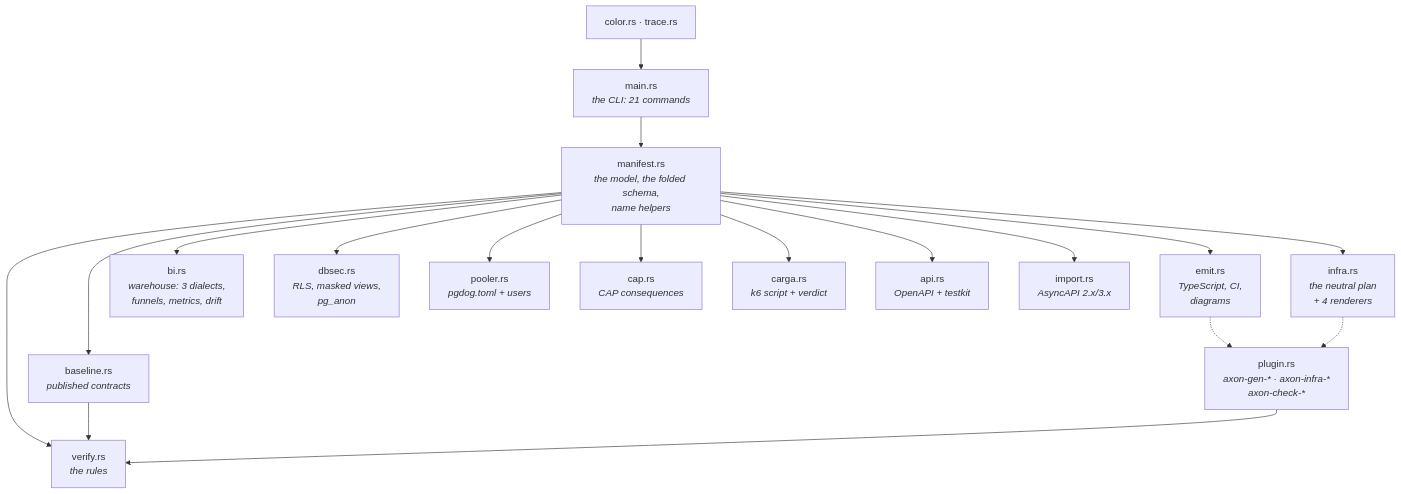
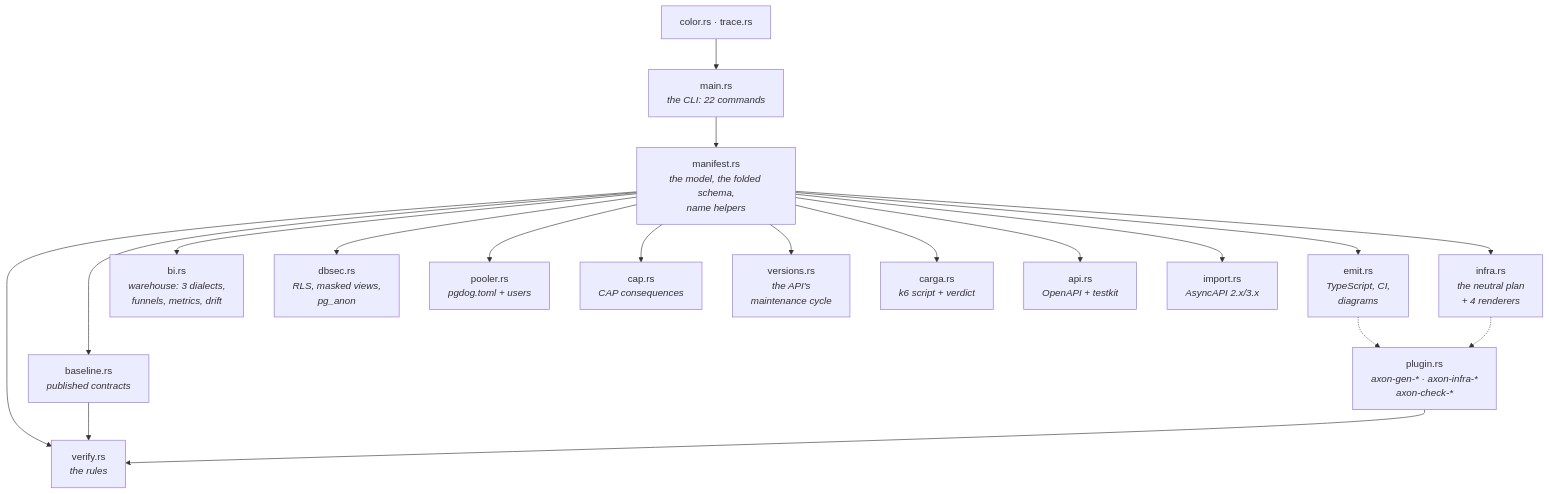
The second of 8 diagrams in docs/src/architecture.md (Andrew-Tellez/axon), drawn with Mermaid before and after one commit. The commit also changed 23 other files, not shown here.

````diff
--- a/docs/src/architecture.md
+++ b/docs/src/architecture.md
@@ -54,24 +54,25 @@
 ```mermaid
 flowchart TB
   MAN["manifest.rs<br/><i>the model, the folded schema,<br/>name helpers</i>"]
 
   MAN --> VER["verify.rs<br/><i>the rules</i>"]
   MAN --> EMIT["emit.rs<br/><i>TypeScript, CI,<br/>diagrams</i>"]
   MAN --> INF["infra.rs<br/><i>the neutral plan<br/>+ 4 renderers</i>"]
   MAN --> BI["bi.rs<br/><i>warehouse: 3 dialects,<br/>funnels, metrics, drift</i>"]
   MAN --> DBS["dbsec.rs<br/><i>RLS, masked views,<br/>pg_anon</i>"]
   MAN --> POOL["pooler.rs<br/><i>pgdog.toml + users</i>"]
   MAN --> CAP["cap.rs<br/><i>CAP consequences</i>"]
+  MAN --> VERS["versions.rs<br/><i>the API's<br/>maintenance cycle</i>"]
   MAN --> LOAD["carga.rs<br/><i>k6 script + verdict</i>"]
   MAN --> API["api.rs<br/><i>OpenAPI + testkit</i>"]
   MAN --> BASE["baseline.rs<br/><i>published contracts</i>"]
   MAN --> IMP["import.rs<br/><i>AsyncAPI 2.x/3.x</i>"]
 
   BASE --> VER
   PLUG["plugin.rs<br/><i>axon-gen-* · axon-infra-*<br/>axon-check-*</i>"] --> VER
   EMIT -.-> PLUG
   INF -.-> PLUG
 
-  MAIN["main.rs<br/><i>the CLI: 21 commands</i>"] --> MAN
+  MAIN["main.rs<br/><i>the CLI: 22 commands</i>"] --> MAN
   COL["color.rs · trace.rs"] --> MAIN
 ```
````
